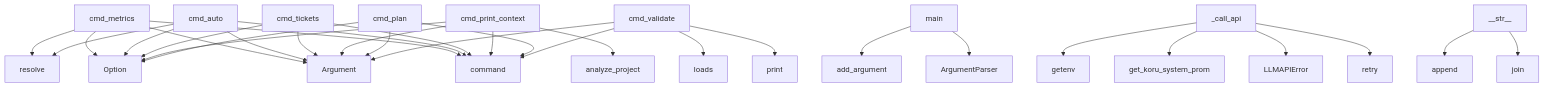
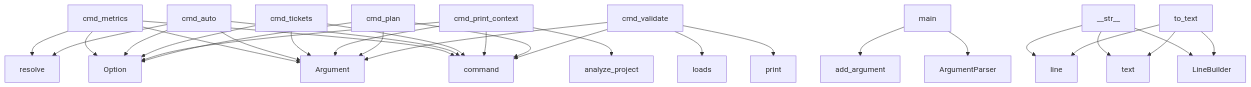
The diagram in project/context.md (semcod/nxdo), drawn with Mermaid before and after one commit. The commit also changed other lines of this file and 18 other files, not shown here.

````diff
--- a/project/context.md
+++ b/project/context.md
@@ -459,33 +482,33 @@
 ```mermaid
 graph TD
     cmd_metrics --> command
     cmd_metrics --> Argument
     cmd_metrics --> Option
     cmd_metrics --> resolve
     cmd_auto --> command
     cmd_auto --> Argument
     cmd_auto --> Option
     cmd_auto --> resolve
     cmd_tickets --> command
     cmd_tickets --> Argument
     cmd_tickets --> Option
     main --> ArgumentParser
     main --> add_argument
-    _call_api --> retry
-    _call_api --> LLMAPIError
-    _call_api --> get_koru_system_prom
-    _call_api --> getenv
     cmd_print_context --> command
     cmd_print_context --> Argument
     cmd_print_context --> Option
     cmd_print_context --> analyze_project
     cmd_plan --> command
     cmd_plan --> Argument
     cmd_plan --> Option
-    __str__ --> join
-    __str__ --> append
+    __str__ --> LineBuilder
+    __str__ --> text
+    __str__ --> line
+    to_text --> LineBuilder
+    to_text --> line
+    to_text --> text
     cmd_validate --> command
     cmd_validate --> Argument
     cmd_validate --> print
     cmd_validate --> loads
 ```
````
